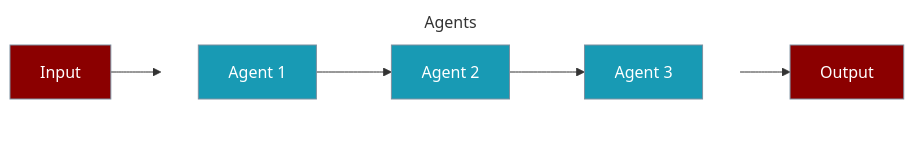
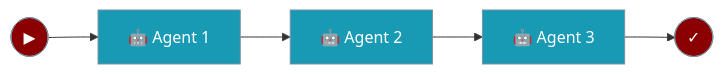
The second of 5 diagrams in docs/concepts/process.mdx (MervinPraison/PraisonAIDocs), drawn with Mermaid before and after one commit. The commit also changed other lines of this file and 12 other files, not shown here.

````diff
--- a/docs/concepts/process.mdx
+++ b/docs/concepts/process.mdx
@@ -39,17 +62,10 @@
 ```mermaid
 graph LR
-    Input[Input] --> A1
-    subgraph Agents
-        direction LR
-        A1[Agent 1] --> A2[Agent 2] --> A3[Agent 3]
-    end
-    A3 --> Output[Output]
-
-    classDef input fill:#8B0000,stroke:#7C90A0,color:#fff
-    classDef process fill:#189AB4,stroke:#7C90A0,color:#fff
-    classDef transparent fill:none,stroke:none
-
-    class Input,Output input
-    class A1,A2,A3 process
-    class Agents transparent
+    Input([▶]) --> A1[🤖 Agent 1] --> A2[🤖 Agent 2] --> A3[🤖 Agent 3] --> Output([✓])
+    
+    classDef io fill:#8B0000,stroke:#7C90A0,color:#fff
+    classDef agent fill:#189AB4,stroke:#7C90A0,color:#fff
+    
+    class Input,Output io
+    class A1,A2,A3 agent
 ```
````
